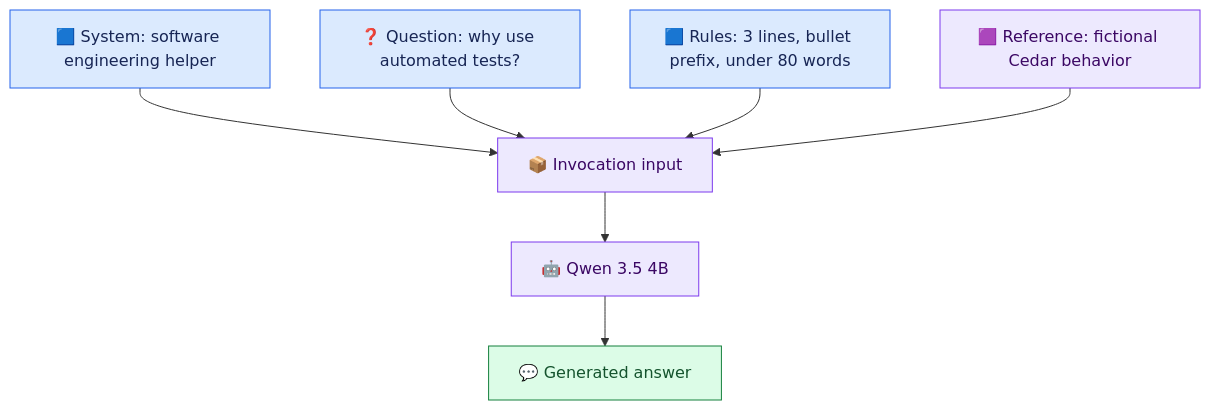
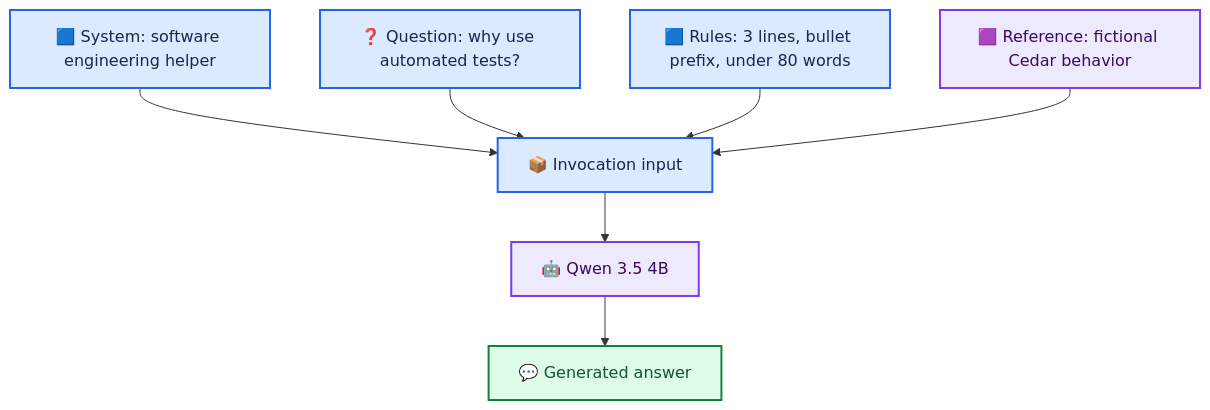
One commit to anne500/prompt-context-engineering-agent changed the first of 3 diagrams in docs/VISUAL_GUIDE.md. Above: the diagram before and after it, drawn with Mermaid. The commit also changed other lines of this file, not shown here.

Commit message:
Apply shared architecture colors and visual conventions

````diff
--- a/docs/VISUAL_GUIDE.md
+++ b/docs/VISUAL_GUIDE.md
@@ -25,15 +25,22 @@
 ```mermaid
 flowchart TD
     S["🟦 System: software engineering helper"] --> I["📦 Invocation input"]
     Q["❓ Question: why use automated tests?"] --> I
     F["🟦 Rules: 3 lines, bullet prefix, under 80 words"] --> I
     R["🟪 Reference: fictional Cedar behavior"] --> I
     I --> M["🤖 Qwen 3.5 4B"]
     M --> A["💬 Generated answer"]
-    classDef blue fill:#DBEAFE,stroke:#2563EB,color:#172554
-    classDef purple fill:#EDE9FE,stroke:#7C3AED,color:#3B0764
-    classDef green fill:#DCFCE7,stroke:#15803D,color:#14532D
-    class S,Q,F blue
-    class R,I,M purple
-    class A green
+
+    %% Shared architecture palette: see VISUAL_STYLE.md
+    classDef default fill:#F8FAFC,stroke:#475569,color:#0F172A,stroke-width:2px;
+    classDef process fill:#DBEAFE,stroke:#2563EB,color:#172554,stroke-width:2px;
+    classDef model fill:#EDE9FE,stroke:#7C3AED,color:#3B0764,stroke-width:2px;
+    classDef store fill:#CCFBF1,stroke:#0F766E,color:#134E4A,stroke-width:2px;
+    classDef decision fill:#FEF3C7,stroke:#B45309,color:#78350F,stroke-width:2px;
+    classDef human fill:#FFEDD5,stroke:#C2410C,color:#7C2D12,stroke-width:2px;
+    classDef output fill:#DCFCE7,stroke:#15803D,color:#14532D,stroke-width:2px;
+    classDef failure fill:#FEE2E2,stroke:#B91C1C,color:#7F1D1D,stroke-width:2px;
+    class S,Q,F,I process;
+    class R,M model;
+    class A output;
 ```
````
